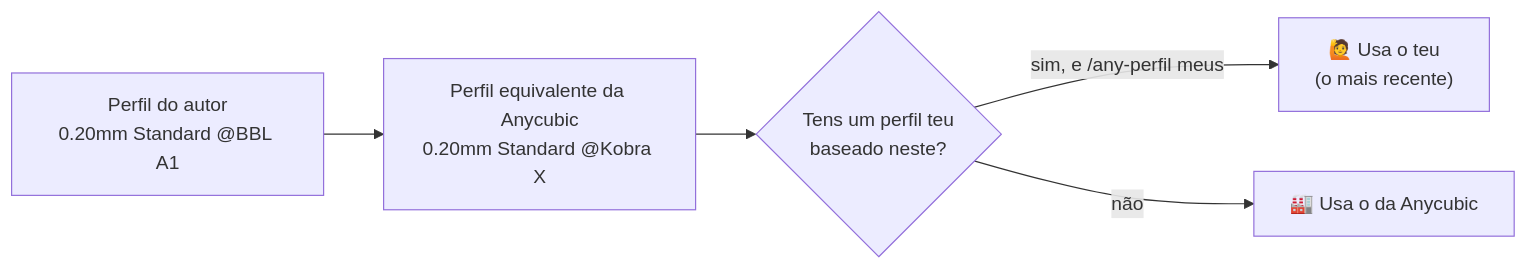
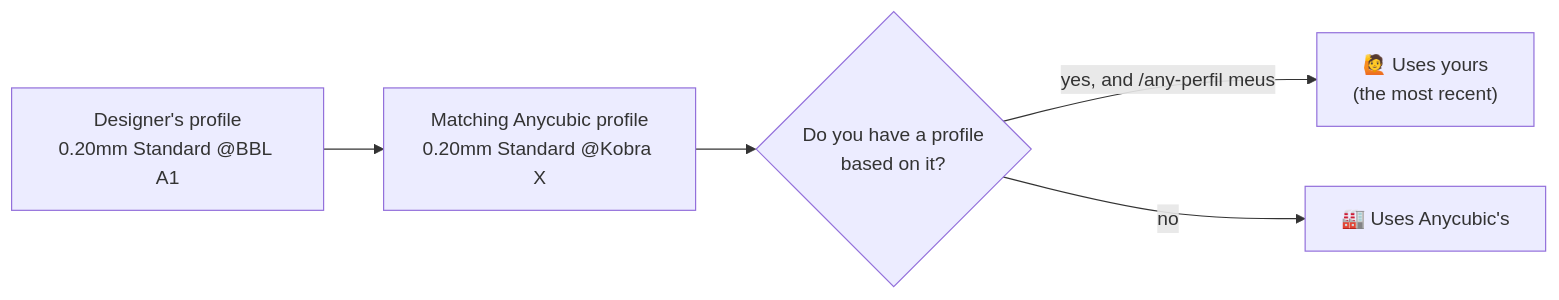
The first of 2 diagrams in README.md (GodFaizT/makerworld-to-any), drawn with Mermaid before and after one commit. The commit also changed other lines of this file and 6 other files, not shown here.

````diff
--- a/README.md
+++ b/README.md
@@ -249,7 +257,7 @@
 ```mermaid
 flowchart LR
-    A["Perfil do autor<br/>0.20mm Standard @BBL A1"] --> B["Perfil equivalente da Anycubic<br/>0.20mm Standard @Kobra X"]
-    B --> C{"Tens um perfil teu<br/>baseado neste?"}
-    C -- "sim, e /any-perfil meus" --> D["🙋 Usa o teu<br/>(o mais recente)"]
-    C -- "não" --> E["🏭 Usa o da Anycubic"]
+    A["Designer's profile<br/>0.20mm Standard @BBL A1"] --> B["Matching Anycubic profile<br/>0.20mm Standard @Kobra X"]
+    B --> C{"Do you have a profile<br/>based on it?"}
+    C -- "yes, and /any-perfil meus" --> D["🙋 Uses yours<br/>(the most recent)"]
+    C -- "no" --> E["🏭 Uses Anycubic's"]
 ```
````
